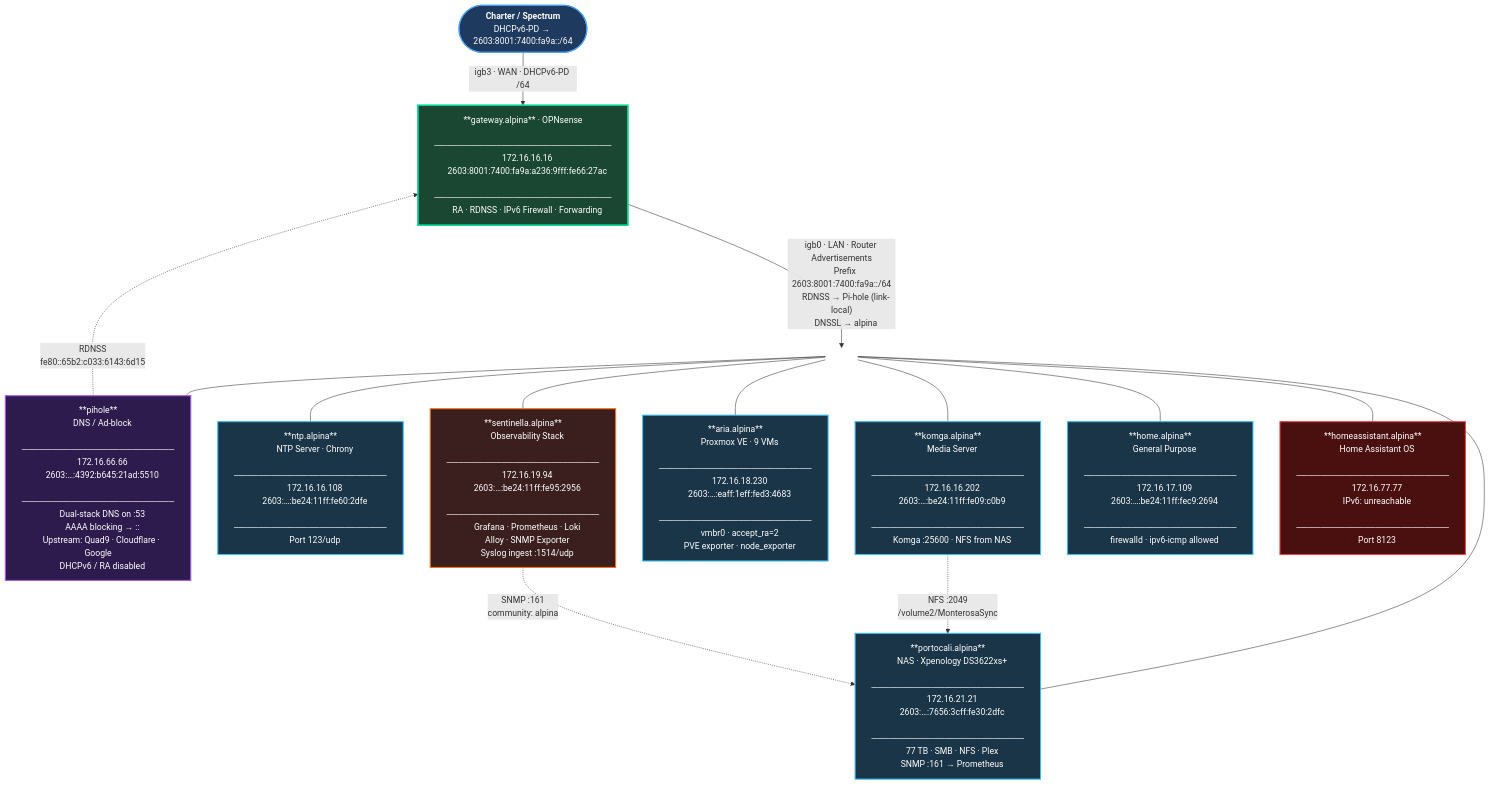
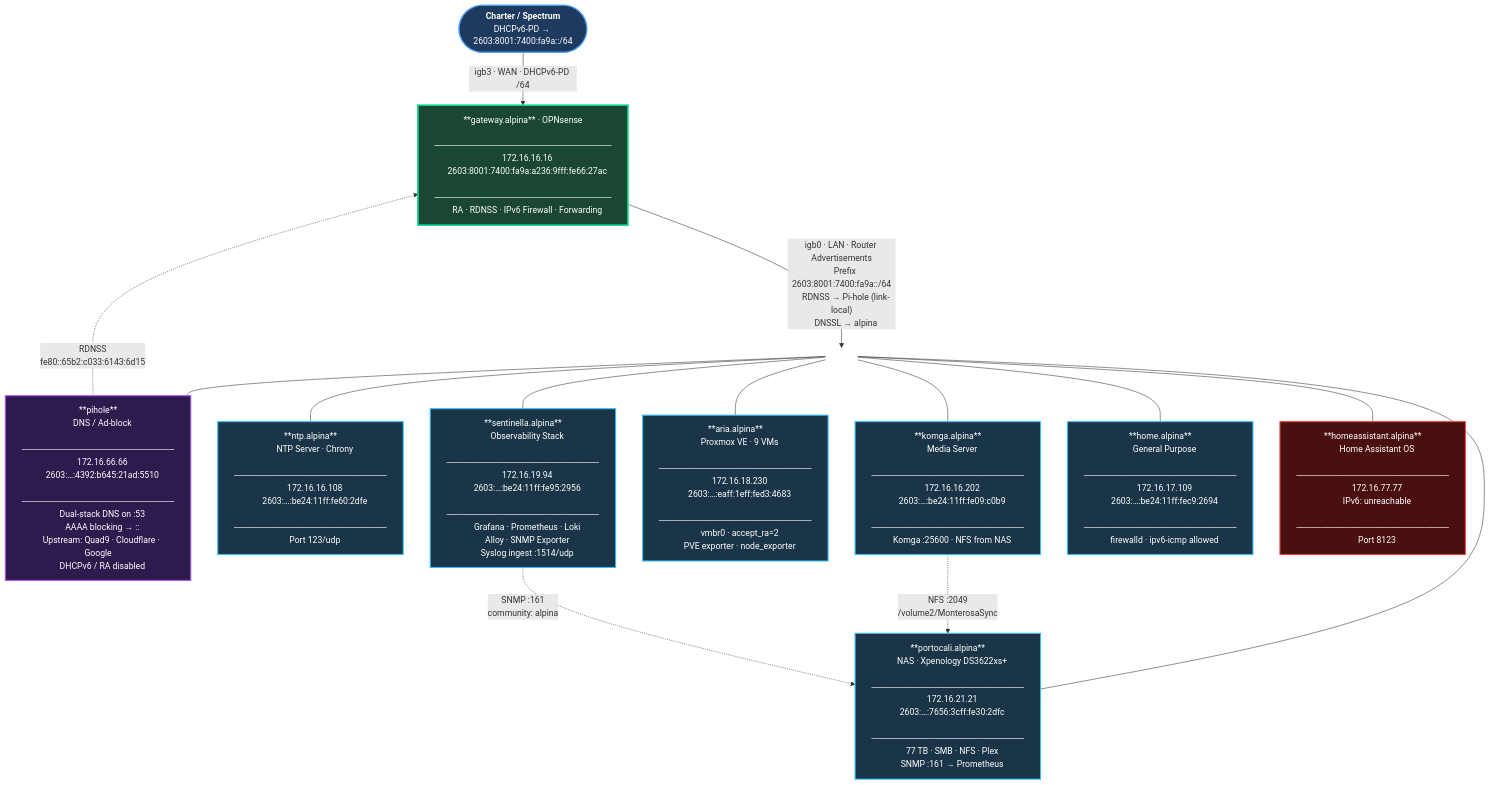
Before and after one commit to ParkWardRR/server.alpina-cleanup: the first of 5 diagrams in docs/network-diagram.md, drawn with Mermaid. The commit also changed other lines of this file, not shown here.

First line of the commit message:
Fix sentinella diagram color to blue (dual-stack)

```diff
--- a/docs/network-diagram.md
+++ b/docs/network-diagram.md
@@ -118,7 +118,7 @@
     style SW fill:none,stroke:none
     style DNS fill:#2d1b4e,stroke:#a855f7,color:#fff,stroke-width:2px
     style NTP fill:#1a3547,stroke:#38bdf8,color:#fff,stroke-width:2px
-    style MON fill:#3b1f1f,stroke:#f97316,color:#fff,stroke-width:2px
+    style MON fill:#1a3547,stroke:#38bdf8,color:#fff,stroke-width:2px
     style PROX fill:#1a3547,stroke:#38bdf8,color:#fff,stroke-width:2px
     style KOMGA fill:#1a3547,stroke:#38bdf8,color:#fff,stroke-width:2px
     style HOME fill:#1a3547,stroke:#38bdf8,color:#fff,stroke-width:2px
```
